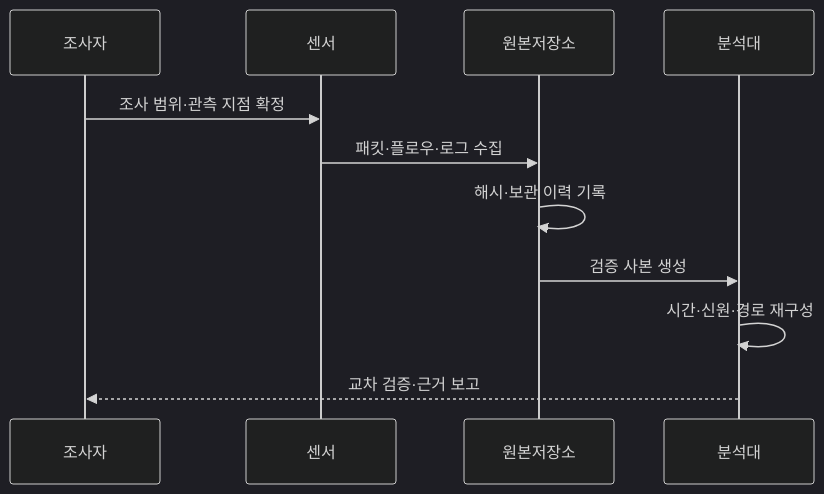
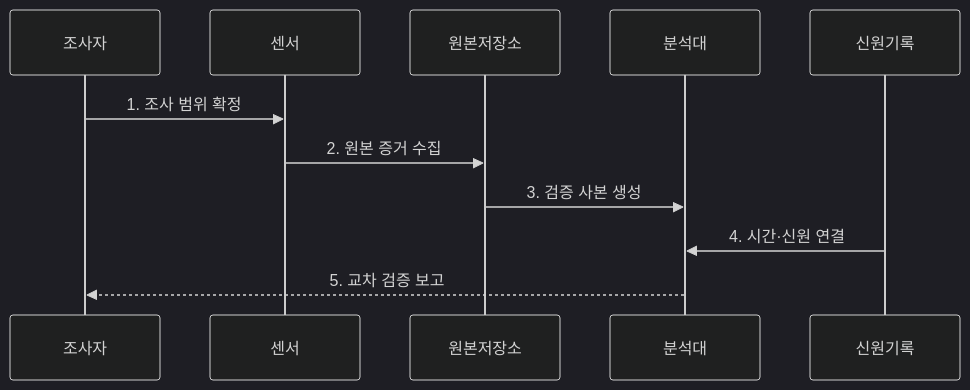
Before and after one commit to agnusdei1207/knowledge-base: the second of 2 diagrams in src/content/docs/notes/04-network/097_network_forensics.md, drawn with Mermaid (dark theme). The commit also changed other lines of this file and 21 other files, not shown here.

````diff
--- a/src/content/docs/notes/04-network/097_network_forensics.md
+++ b/src/content/docs/notes/04-network/097_network_forensics.md
@@ -80,13 +81,13 @@
 ```mermaid
 sequenceDiagram
     participant 조사자
     participant 센서
     participant 원본저장소
     participant 분석대
-    조사자->>센서: 조사 범위·관측 지점 확정
-    센서->>원본저장소: 패킷·플로우·로그 수집
-    원본저장소->>원본저장소: 해시·보관 이력 기록
-    원본저장소->>분석대: 검증 사본 생성
-    분석대->>분석대: 시간·신원·경로 재구성
-    분석대-->>조사자: 교차 검증·근거 보고
+    participant 신원기록
+    조사자->>센서: 1. 조사 범위 확정
+    센서->>원본저장소: 2. 원본 증거 수집
+    원본저장소->>분석대: 3. 검증 사본 생성
+    신원기록->>분석대: 4. 시간·신원 연결
+    분석대-->>조사자: 5. 교차 검증 보고
 ```
````
